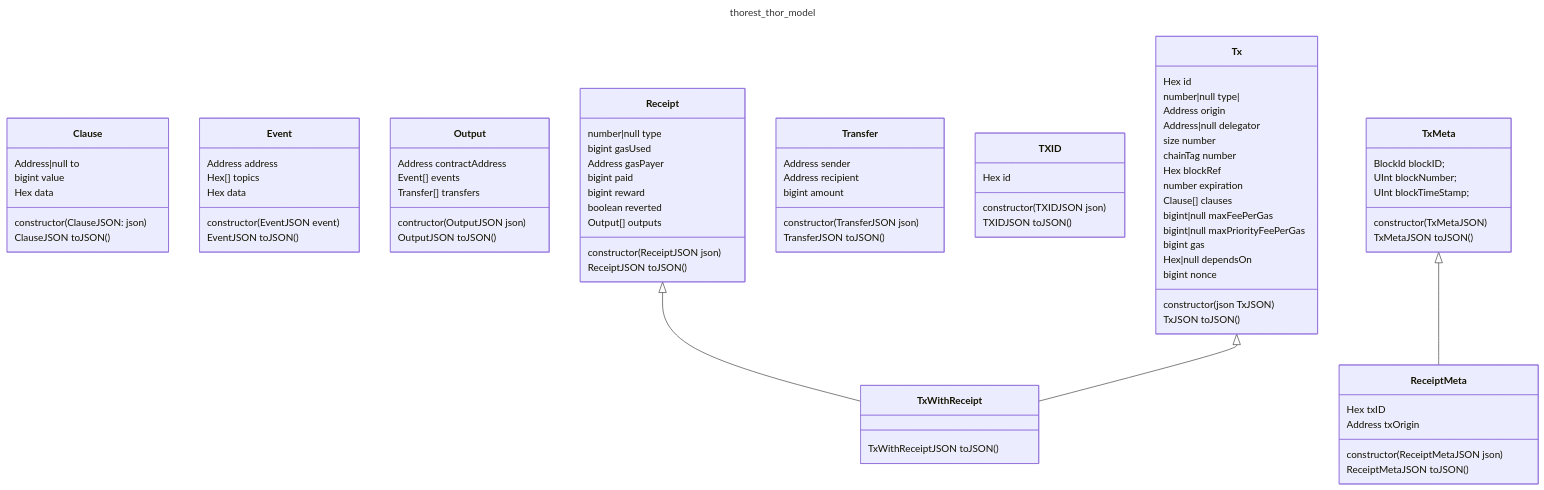
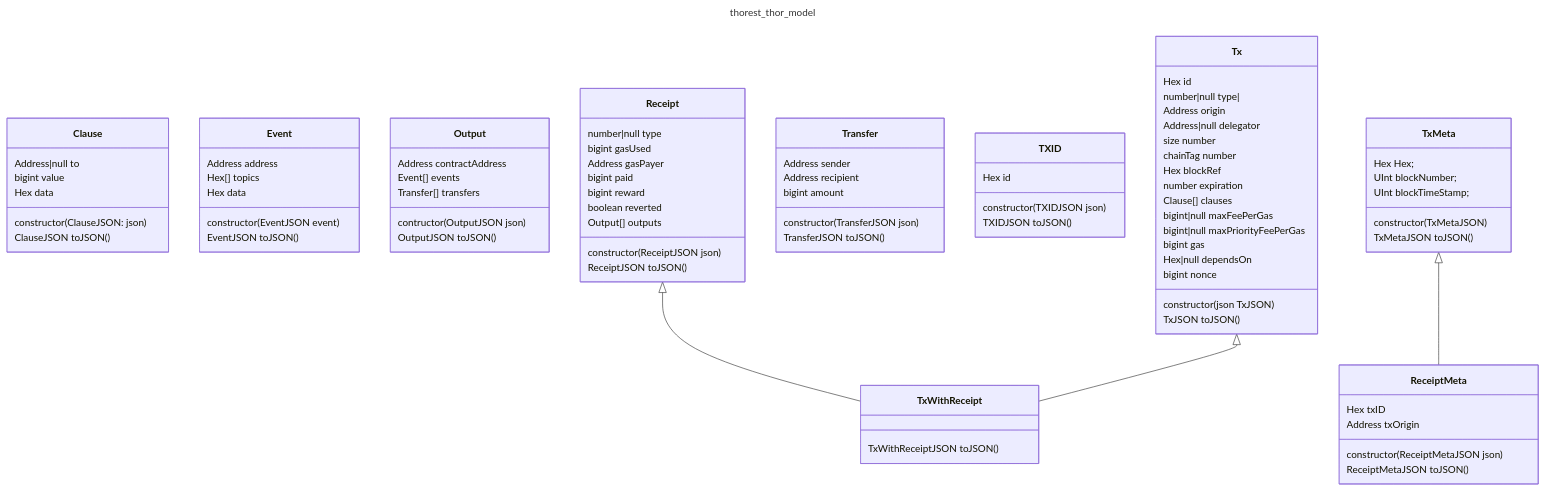
The diagram in docs/thorest/thor/model/model.mmd (vechain/vechain-sdk-js), drawn with Mermaid before and after one commit. The commit also changed 2 other files, not shown here.

```diff
--- a/docs/thorest/thor/model/model.mmd
+++ b/docs/thorest/thor/model/model.mmd
@@ -1,85 +1,85 @@
 ---
 title: thorest_thor_model
 ---
 classDiagram
     class Clause {
         Address|null to
         bigint value
         Hex data
         constructor(ClauseJSON: json)
         ClauseJSON toJSON()
     }
     class Event {
         Address address
         Hex[] topics
         Hex data
         constructor(EventJSON event)
         EventJSON toJSON()
     }
     class Output {
         Address contractAddress
         Event[] events
         Transfer[] transfers
         contructor(OutputJSON json)
         OutputJSON toJSON()
     }
     class Receipt {
         number|null type
         bigint gasUsed
         Address gasPayer
         bigint paid
         bigint reward
         boolean reverted
         Output[] outputs
         constructor(ReceiptJSON json)
         ReceiptJSON toJSON()
     }
     class ReceiptMeta {
         Hex txID
         Address txOrigin
         constructor(ReceiptMetaJSON json)
         ReceiptMetaJSON toJSON()
     }
     class Transfer {
         Address sender
         Address recipient
         bigint amount
         constructor(TransferJSON json)
         TransferJSON toJSON()
     }
     class TXID {
         Hex id
         constructor(TXIDJSON json)
         TXIDJSON toJSON()
     }
     class Tx {
         Hex id
         number|null type|
         Address origin
         Address|null delegator
         size number
         chainTag number
         Hex blockRef
         number expiration
         Clause[] clauses
         bigint|null maxFeePerGas
         bigint|null maxPriorityFeePerGas
         bigint gas
         Hex|null dependsOn
         bigint nonce
         constructor(json TxJSON)
         TxJSON toJSON()
     }
     class TxMeta {
-        BlockId blockID;
+        Hex Hex;
         UInt blockNumber;
         UInt blockTimeStamp;
         constructor(TxMetaJSON)
         TxMetaJSON toJSON()
     }
     class TxWithReceipt {
         TxWithReceiptJSON toJSON()
     }
     Receipt <|-- TxWithReceipt
     Tx <|-- TxWithReceipt
     TxMeta <|-- ReceiptMeta
```
